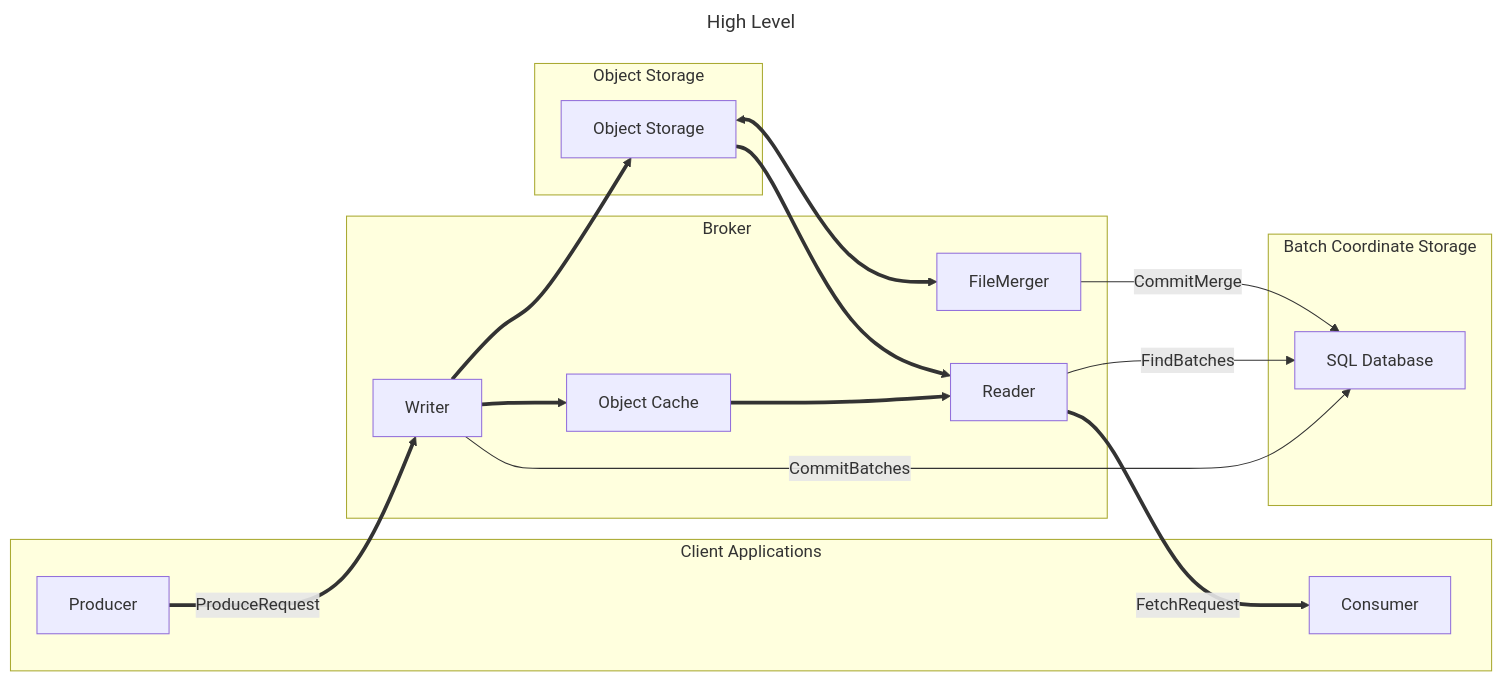
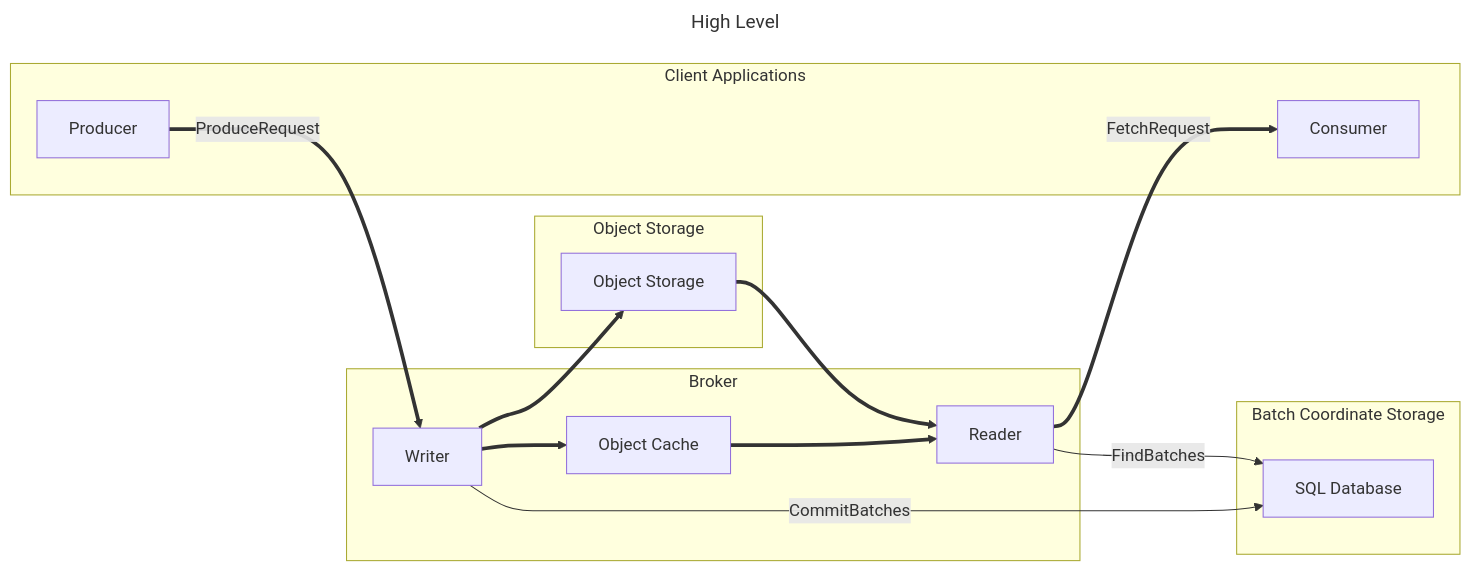
One commit to aiven/inkless changed the first of 5 diagrams in docs/inkless/ARCHITECTURE.md. Above: the diagram before and after it, drawn with Mermaid. The commit also changed 152 other files, not shown here.

````diff
--- a/docs/inkless/ARCHITECTURE.md
+++ b/docs/inkless/ARCHITECTURE.md
@@ -3,28 +3,25 @@
 ```mermaid
 ---
 title: High Level
 ---
 flowchart LR
     subgraph ClientsA[Client Applications]
         Producer[Producer]
         Consumer[Consumer]
     end
     subgraph Service[Broker]
         Writer[Writer]
         Reader[Reader]
-        Merger[FileMerger]
         ObjectCache[Object Cache]
     end
     subgraph Cloud[Object Storage]
         ObjectStorage[Object Storage]
     end
     subgraph Metadata[Batch Coordinate Storage]
         BatchIndex[SQL Database]
     end
     Producer == ProduceRequest ==> Writer ==> ObjectStorage & ObjectCache
-    ObjectStorage <==> Merger
     Reader -- FindBatches --> BatchIndex
     ObjectStorage & ObjectCache ==> Reader == FetchRequest ==> Consumer
     Writer -- CommitBatches --> BatchIndex
-    Merger -- CommitMerge --> BatchIndex 
 ```
````
